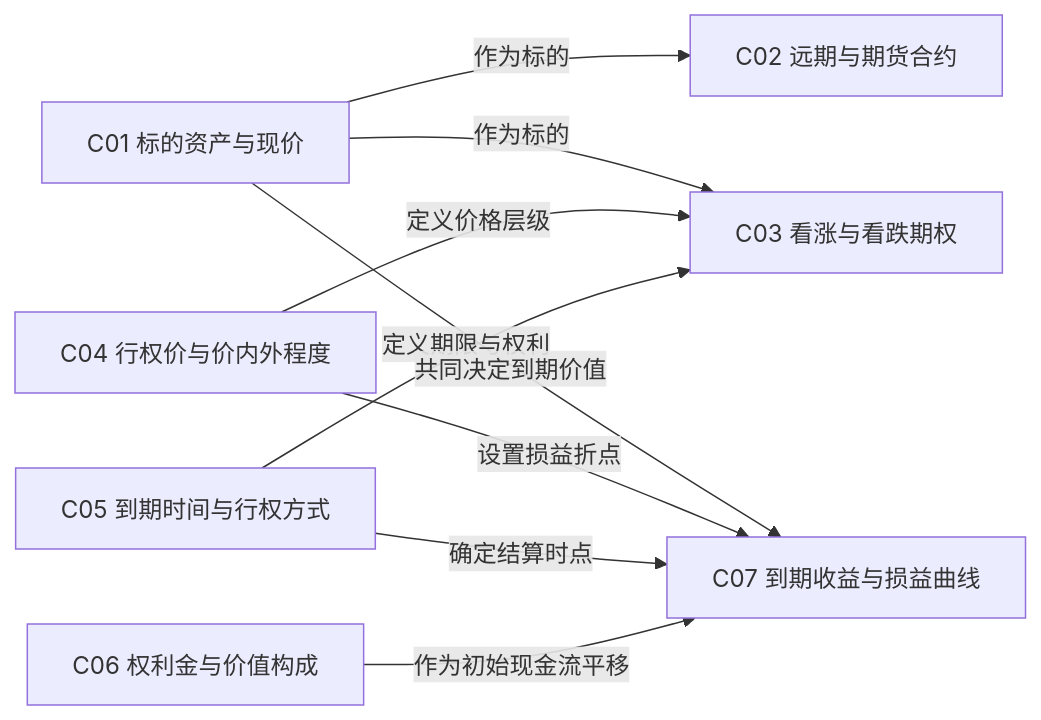
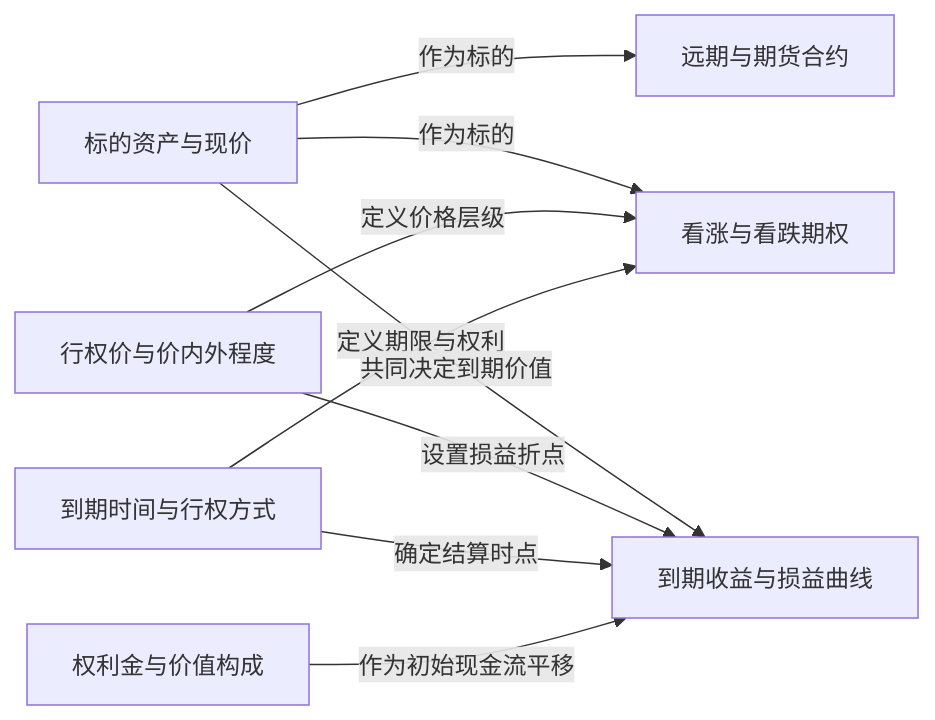
Before and after one commit to KIMMCHOW/MyKnowledge: the diagram in Knowledge/Concepts/经济/金融/衍生品/期权/References/Option Volatility and Pricing 双语版/知识图谱/合约与损益语义.md, drawn with Mermaid. The commit also changed other lines of this file and 53 other files, not shown here.

Commit message:
cleanup: 期权知识图谱内容去除序号并同步生成与审计脚本

````diff
--- a/Knowledge/Concepts/经济/金融/衍生品/期权/References/Option Volatility and Pricing 双语版/知识图谱/合约与损益语义.md
+++ b/Knowledge/Concepts/经济/金融/衍生品/期权/References/Option Volatility and Pricing 双语版/知识图谱/合约与损益语义.md
@@ -25,18 +25,18 @@
 ```mermaid
 flowchart LR
-    C01["C01 标的资产与现价"]
-    C02["C02 远期与期货合约"]
-    C03["C03 看涨与看跌期权"]
-    C04["C04 行权价与价内外程度"]
-    C05["C05 到期时间与行权方式"]
-    C06["C06 权利金与价值构成"]
-    C07["C07 到期收益与损益曲线"]
-    C01 -->|"作为标的"| C02
-    C01 -->|"作为标的"| C03
-    C04 -->|"定义价格层级"| C03
-    C05 -->|"定义期限与权利"| C03
-    C01 -->|"共同决定到期价值"| C07
-    C04 -->|"设置损益折点"| C07
-    C05 -->|"确定结算时点"| C07
-    C06 -->|"作为初始现金流平移"| C07
+    UnderlyingandSpotPrice["标的资产与现价"]
+    ForwardsandFutures["远期与期货合约"]
+    CallsandPuts["看涨与看跌期权"]
+    StrikeandMoneyness["行权价与价内外程度"]
+    TimetoExpiryandExerciseStyle["到期时间与行权方式"]
+    PremiumandValueComponents["权利金与价值构成"]
+    ExpirationPayoffandPL["到期收益与损益曲线"]
+    UnderlyingandSpotPrice -->|"作为标的"| ForwardsandFutures
+    UnderlyingandSpotPrice -->|"作为标的"| CallsandPuts
+    StrikeandMoneyness -->|"定义价格层级"| CallsandPuts
+    TimetoExpiryandExerciseStyle -->|"定义期限与权利"| CallsandPuts
+    UnderlyingandSpotPrice -->|"共同决定到期价值"| ExpirationPayoffandPL
+    StrikeandMoneyness -->|"设置损益折点"| ExpirationPayoffandPL
+    TimetoExpiryandExerciseStyle -->|"确定结算时点"| ExpirationPayoffandPL
+    PremiumandValueComponents -->|"作为初始现金流平移"| ExpirationPayoffandPL
 ```
````
